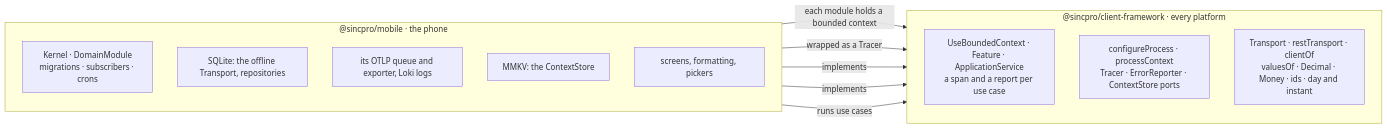
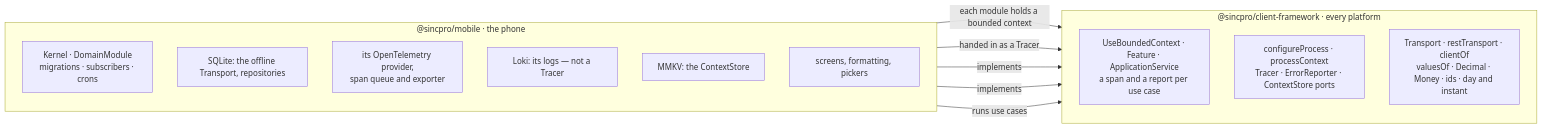
The diagram in docs/MOBILE.md (Sincpro-SRL/sincpro_client_framework), drawn with Mermaid before and after one commit. The commit also changed other lines of this file and 1 other file, not shown here.

First line of the commit message:
docs: mobile's real adoption state — ids done, money and cleanData left, Loki is not a Tracer (#9)

````diff
--- a/docs/MOBILE.md
+++ b/docs/MOBILE.md
@@ -8,22 +8,23 @@
 ```mermaid
 flowchart LR
   subgraph cf["@sincpro/client-framework · every platform"]
     direction TB
     bc["UseBoundedContext · Feature · ApplicationService<br/>a span and a report per use case"]
     process["configureProcess · processContext<br/>Tracer · ErrorReporter · ContextStore ports"]
     wire["Transport · restTransport · clientOf<br/>valuesOf · Decimal · Money · ids · day and instant"]
   end
   subgraph mobile["@sincpro/mobile · the phone"]
     direction TB
     kernel["Kernel · DomainModule<br/>migrations · subscribers · crons"]
     sqlite["SQLite: the offline Transport, repositories"]
-    telemetry["its OTLP queue and exporter, Loki logs"]
+    telemetry["its OpenTelemetry provider,<br/>span queue and exporter"]
+    logs["Loki: its logs — not a Tracer"]
     store["MMKV: the ContextStore"]
     ui["screens, formatting, pickers"]
   end
   kernel -->|"each module holds a bounded context"| bc
-  telemetry -->|"wrapped as a Tracer"| process
+  telemetry -->|"handed in as a Tracer"| process
   store -->|"implements"| process
   sqlite -->|"implements"| wire
   ui -->|"runs use cases"| bc
 ```
````
